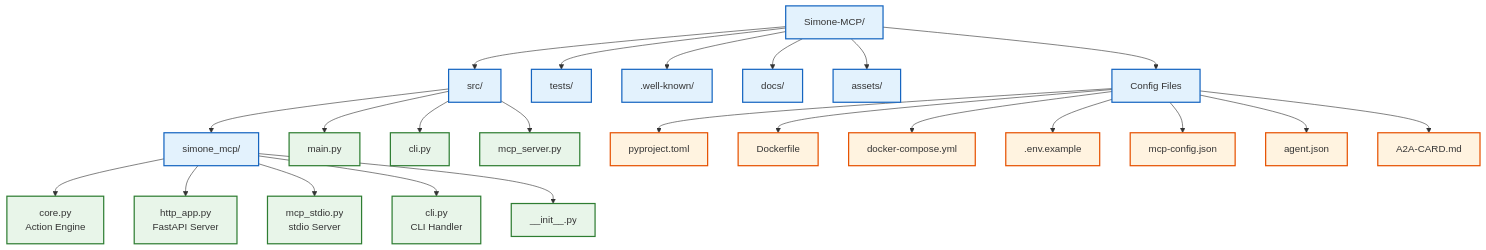
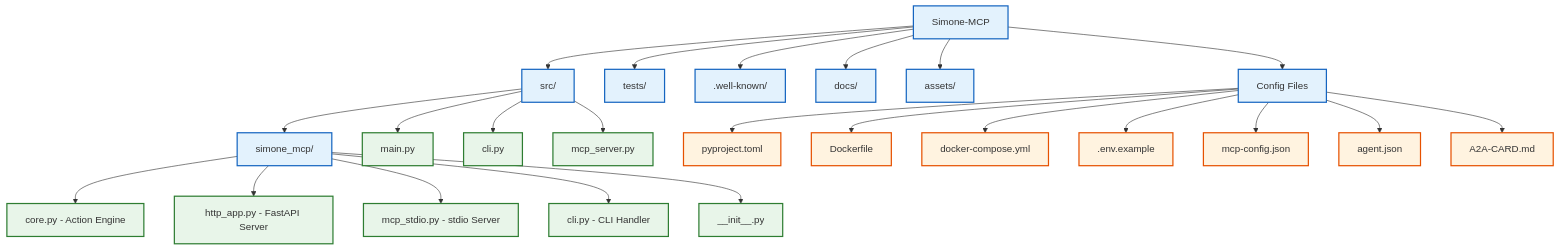
Diagram 13 of 15 in legacy/simone-mcp/docs/architecture.md (OpenSIN-Code/SIN-Code), drawn with Mermaid before and after one commit. The commit also changed other lines of this file, not shown here.

First line of the commit message:
Fix ALL Mermaid diagram syntax errors - enterprise-level compliance

````diff
--- a/legacy/simone-mcp/docs/architecture.md
+++ b/legacy/simone-mcp/docs/architecture.md
@@ -483,36 +474,36 @@
 ```mermaid
-graph TD
-    ROOT[Simone-MCP/] --> SRC[src/]
-    ROOT --> TEST[tests/]
-    ROOT --> WELL[.well-known/]
-    ROOT --> DOCS[docs/]
-    ROOT --> ASSETS[assets/]
-    ROOT --> CONF[Config Files]
+flowchart TD
+    ROOT["Simone-MCP"] --> SRC["src/"]
+    ROOT --> TEST["tests/"]
+    ROOT --> WELLDIR[".well-known/"]
+    ROOT --> DOCSDIR["docs/"]
+    ROOT --> ASSETSDIR["assets/"]
+    ROOT --> CONF["Config Files"]
 
-    SRC --> SIMONE_MCP[simone_mcp/]
-    SRC --> MAIN[main.py]
-    SRC --> CLI[cli.py]
-    SRC --> MCP[mcp_server.py]
+    SRC --> SIMONE_MCP["simone_mcp/"]
+    SRC --> MAIN["main.py"]
+    SRC --> CLIMAIN["cli.py"]
+    SRC --> MCPSRV["mcp_server.py"]
 
-    SIMONE_MCP --> CORE[core.py<br/>Action Engine]
-    SIMONE_MCP --> HTTP[http_app.py<br/>FastAPI Server]
-    SIMONE_MCP --> STDIO[mcp_stdio.py<br/>stdio Server]
-    SIMONE_MCP --> CLI_MOD[cli.py<br/>CLI Handler]
-    SIMONE_MCP --> INIT[__init__.py]
+    SIMONE_MCP --> COREFILE["core.py - Action Engine"]
+    SIMONE_MCP --> HTTPFILE["http_app.py - FastAPI Server"]
+    SIMONE_MCP --> STDIOFILE["mcp_stdio.py - stdio Server"]
+    SIMONE_MCP --> CLIFILE["cli.py - CLI Handler"]
+    SIMONE_MCP --> INITFILE["__init__.py"]
 
-    CONF --> PYPROJECT[pyproject.toml]
-    CONF --> DOCKERFILE[Dockerfile]
-    CONF --> COMPOSE[docker-compose.yml]
-    CONF --> ENV[.env.example]
-    CONF --> MCP_CFG[mcp-config.json]
-    CONF --> AGENT[agent.json]
-    CONF --> CARD[A2A-CARD.md]
+    CONF --> PYPROJECT["pyproject.toml"]
+    CONF --> DOCKERFILE["Dockerfile"]
+    CONF --> COMPOSE["docker-compose.yml"]
+    CONF --> ENVFILE[".env.example"]
+    CONF --> MCPCFG["mcp-config.json"]
+    CONF --> AGENTFILE["agent.json"]
+    CONF --> CARDFILE["A2A-CARD.md"]
 
-    classDef dir fill:#e3f2fd,stroke:#1565c0,stroke-width:2px
-    classDef py fill:#e8f5e9,stroke:#2e7d32,stroke-width:2px
-    classDef cfg fill:#fff3e0,stroke:#e65100,stroke-width:2px
+    classDef dirClass fill:#e3f2fd,stroke:#1565c0,stroke-width:2px
+    classDef pyClass fill:#e8f5e9,stroke:#2e7d32,stroke-width:2px
+    classDef cfgClass fill:#fff3e0,stroke:#e65100,stroke-width:2px
 
-    class ROOT,SRC,TEST,WELL,DOCS,ASSETS,CONF,SIMONE_MCP dir
-    class CORE,HTTP,STDIO,CLI_MOD,INIT,MAIN,CLI,MCP py
-    class PYPROJECT,DOCKERFILE,COMPOSE,ENV,MCP_CFG,AGENT,CARD cfg
+    class ROOT,SRC,TEST,WELLDIR,DOCSDIR,ASSETSDIR,CONF,SIMONE_MCP dirClass
+    class COREFILE,HTTPFILE,STDIOFILE,CLIFILE,INITFILE,MAIN,CLIMAIN,MCPSRV pyClass
+    class PYPROJECT,DOCKERFILE,COMPOSE,ENVFILE,MCPCFG,AGENTFILE,CARDFILE cfgClass
 ```
````
